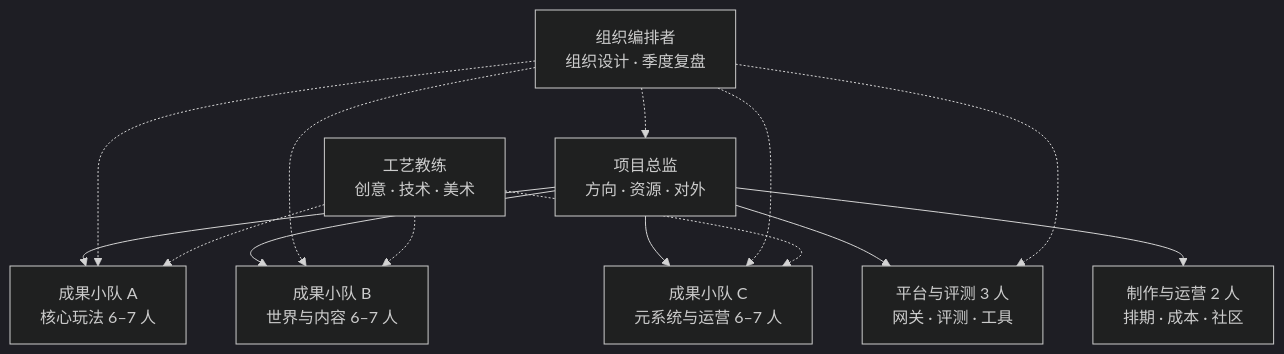
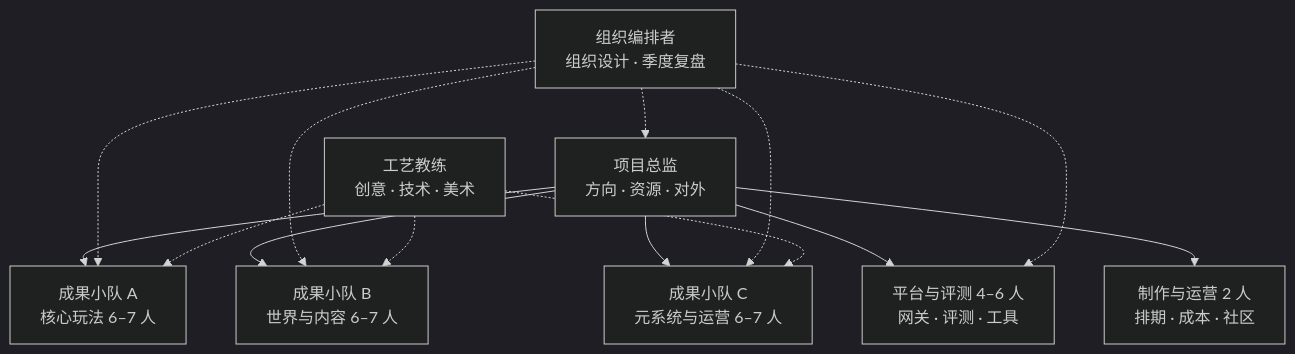
One commit to qiutanghongfeng/SuperPegasus changed the diagram in docs/ai-native-studio-playbook.md. Above: the diagram before and after it, drawn with Mermaid (dark theme). The commit also changed other lines of this file, not shown here.

````diff
--- a/docs/ai-native-studio-playbook.md
+++ b/docs/ai-native-studio-playbook.md
@@ -155,25 +155,25 @@
 ```mermaid
 flowchart TB
   D[项目总监<br/>方向 · 资源 · 对外]
   O[组织编排者<br/>组织设计 · 季度复盘]
   A[成果小队 A<br/>核心玩法 6–7 人]
   B[成果小队 B<br/>世界与内容 6–7 人]
   C[成果小队 C<br/>元系统与运营 6–7 人]
-  P[平台与评测 3 人<br/>网关 · 评测 · 工具]
+  P[平台与评测 4–6 人<br/>网关 · 评测 · 工具]
   R[制作与运营 2 人<br/>排期 · 成本 · 社区]
   K[工艺教练<br/>创意 · 技术 · 美术]
 
   D --> A
   D --> B
   D --> C
   D --> P
   D --> R
   O -.-> D
   O -.-> A
   O -.-> B
   O -.-> C
   O -.-> P
   K -.-> A
   K -.-> B
   K -.-> C
 ```
````
